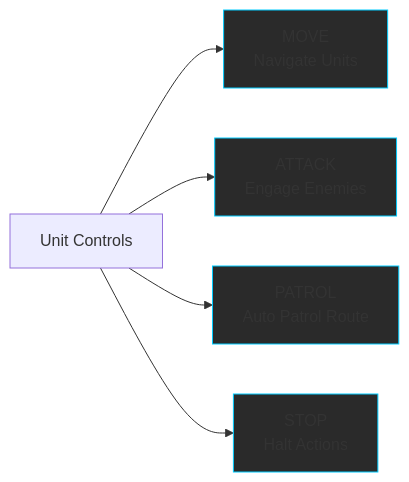
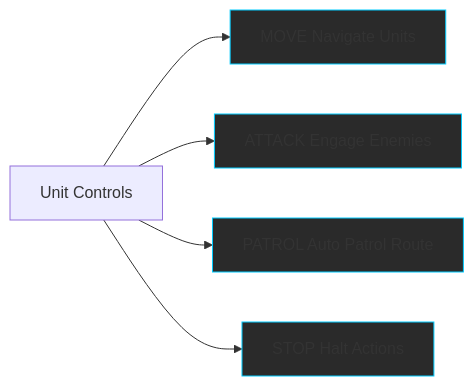
One commit to softwarewrighter/rts_mock changed the eighth of 9 diagrams in wiki/Components.md. Above: the diagram before and after it, drawn with Mermaid. The commit also changed other lines of this file and 5 other files, not shown here.

First line of the commit message:
Fix wiki Mermaid diagrams: remove <br/> tags

````diff
--- a/wiki/Components.md
+++ b/wiki/Components.md
@@ -386,12 +386,12 @@
 ```mermaid
 graph LR
-    CONTROLS[Unit Controls] --> MOVE[MOVE<br/>Navigate Units]
-    CONTROLS --> ATTACK[ATTACK<br/>Engage Enemies]
-    CONTROLS --> PATROL[PATROL<br/>Auto Patrol Route]
-    CONTROLS --> STOP[STOP<br/>Halt Actions]
+    CONTROLS[Unit Controls] --> MOVE[MOVE Navigate Units]
+    CONTROLS --> ATTACK[ATTACK Engage Enemies]
+    CONTROLS --> PATROL[PATROL Auto Patrol Route]
+    CONTROLS --> STOP[STOP Halt Actions]
 
     style MOVE fill:#2a2a2a,stroke:#00ccff
     style ATTACK fill:#2a2a2a,stroke:#00ccff
     style PATROL fill:#2a2a2a,stroke:#00ccff
     style STOP fill:#2a2a2a,stroke:#00ccff
 ```
````
